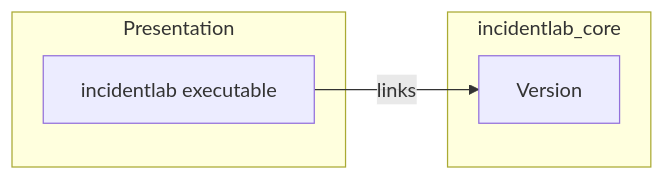
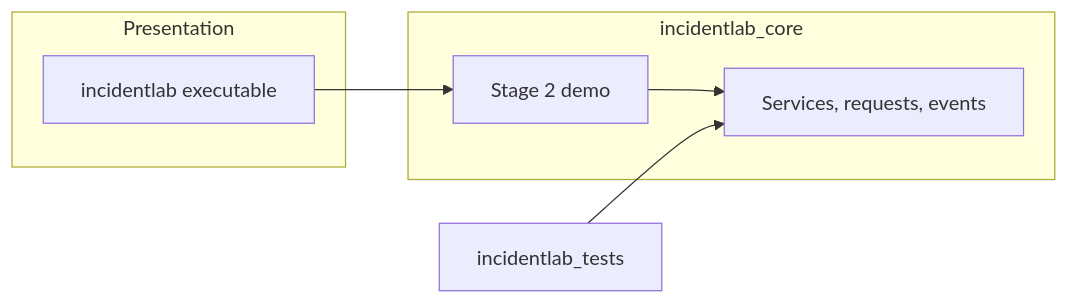
One commit to IG1234567/incidentLab changed the diagram in README.md. Above: the diagram before and after it, drawn with Mermaid. The commit also changed other lines of this file and 21 other files, not shown here.

````diff
--- a/README.md
+++ b/README.md
@@ -44,12 +65,17 @@
 ```mermaid
 flowchart LR
     subgraph presentation [Presentation]
         App["incidentlab executable"]
     end
 
     subgraph core [incidentlab_core]
-        Version["Version"]
+        Demo["Stage 2 demo"]
+        Domain["Services, requests, events"]
     end
 
-    App -->|"links"| Version
+    Tests["incidentlab_tests"]
+
+    App --> Demo
+    Demo --> Domain
+    Tests --> Domain
 ```
````
